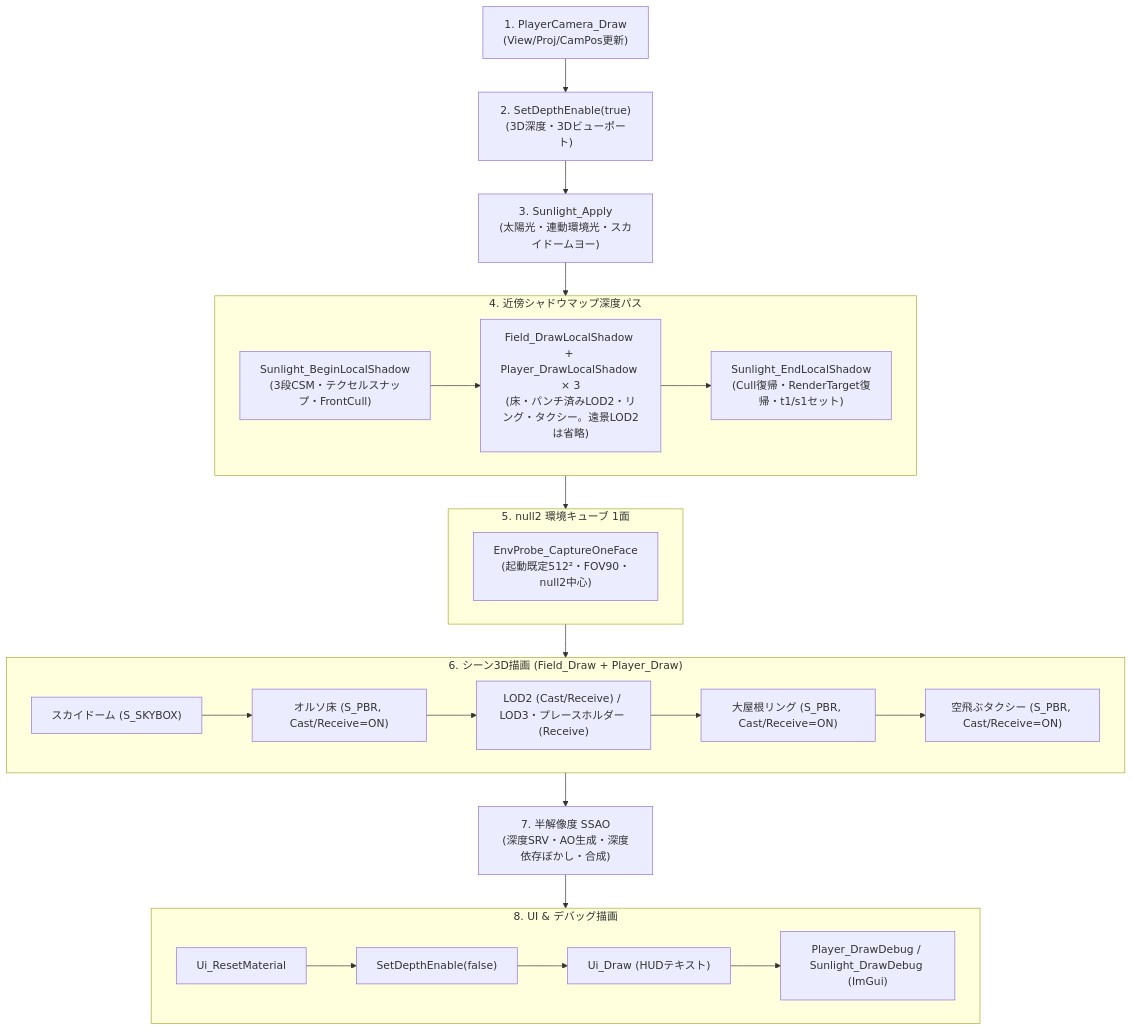
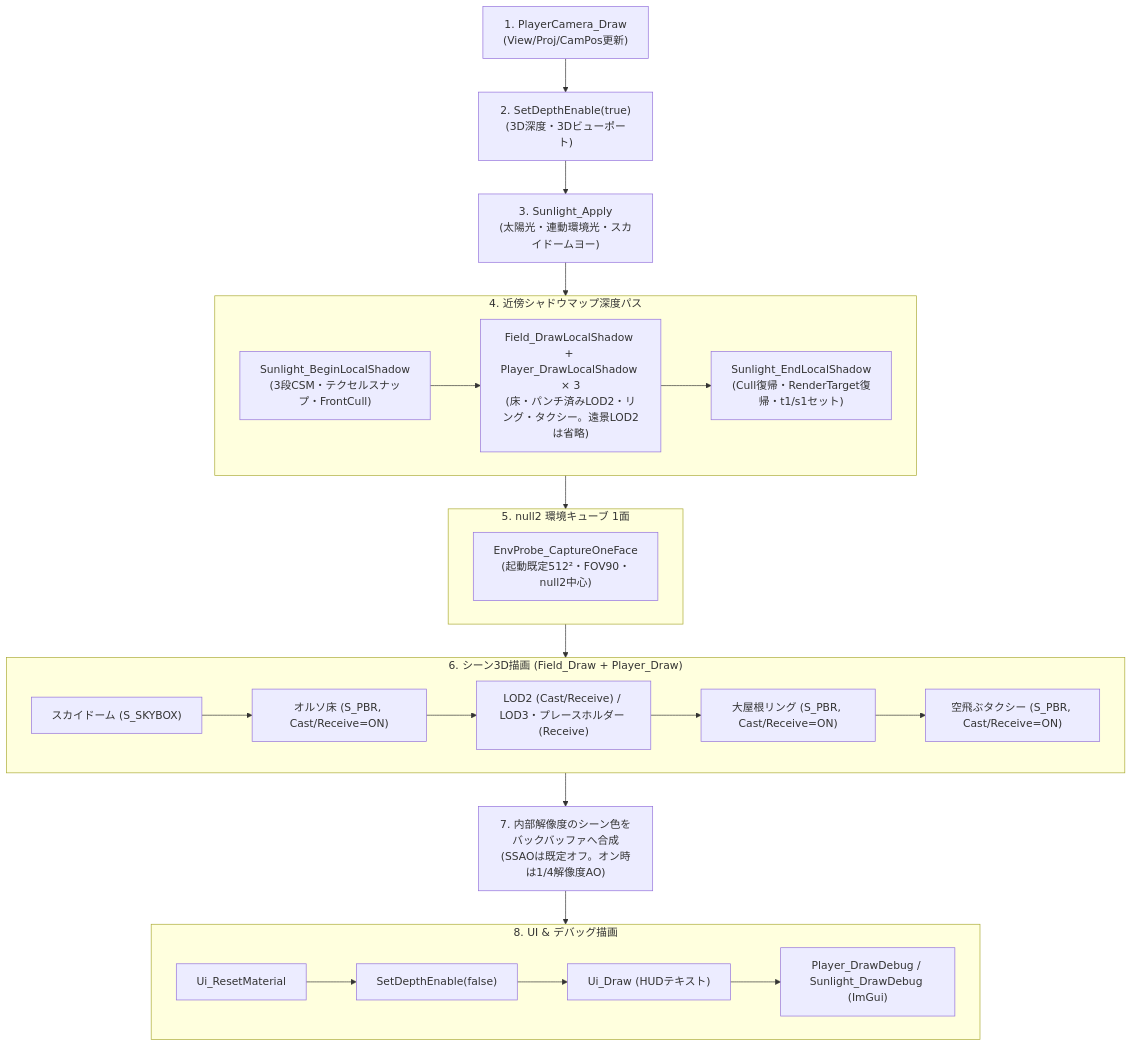
The first of 2 diagrams in document_game/rendering_and_lighting.md (realryo1/E_X_P_O), drawn with Mermaid before and after one commit. The commit also changed other lines of this file and 7 other files, not shown here.

````diff
--- a/document_game/rendering_and_lighting.md
+++ b/document_game/rendering_and_lighting.md
@@ -15,33 +15,33 @@
 ```mermaid
 flowchart TD
   cameraDraw["1. PlayerCamera_Draw<br>(View/Proj/CamPos更新)"]
   depthEnable["2. SetDepthEnable(true)<br>(3D深度・3Dビューポート)"]
   sunlightApply["3. Sunlight_Apply<br>(太陽光・連動環境光・スカイドームヨー)"]
   subgraph shadowPass ["4. 近傍シャドウマップ深度パス"]
     shadowBegin["Sunlight_BeginLocalShadow<br>(3段CSM・テクセルスナップ・FrontCull)"]
     shadowDraw["Field_DrawLocalShadow + Player_DrawLocalShadow × 3<br>(床・パンチ済みLOD2・リング・タクシー。遠景LOD2は省略)"]
     shadowEnd["Sunlight_EndLocalShadow<br>(Cull復帰・RenderTarget復帰・t1/s1セット)"]
     shadowBegin --> shadowDraw --> shadowEnd
   end
   subgraph probePass ["5. null2 環境キューブ 1面"]
     probeCapture["EnvProbe_CaptureOneFace<br>(起動既定512²・FOV90・null2中心)"]
   end
   subgraph mainPass ["6. シーン3D描画 (Field_Draw + Player_Draw)"]
     skyboxDraw["スカイドーム (S_SKYBOX)"]
     floorDraw["オルソ床 (S_PBR, Cast/Receive=ON)"]
     tileDraw["LOD2 (Cast/Receive) / LOD3・プレースホルダー (Receive)"]
     ringDraw["大屋根リング (S_PBR, Cast/Receive=ON)"]
     taxiDraw["空飛ぶタクシー (S_PBR, Cast/Receive=ON)"]
     skyboxDraw --> floorDraw --> tileDraw --> ringDraw --> taxiDraw
   end
-  ssaoPass["7. 半解像度 SSAO<br>(深度SRV・AO生成・深度依存ぼかし・合成)"]
+  ssaoPass["7. 内部解像度のシーン色をバックバッファへ合成<br>(SSAOは既定オフ。オン時は1/4解像度AO)"]
   subgraph uiPass ["8. UI & デバッグ描画"]
     uiReset["Ui_ResetMaterial"]
     depthDisable["SetDepthEnable(false)"]
     uiDraw["Ui_Draw (HUDテキスト)"]
     debugDraw["Player_DrawDebug / Sunlight_DrawDebug (ImGui)"]
     uiReset --> depthDisable --> uiDraw --> debugDraw
   end
 
   cameraDraw --> depthEnable --> sunlightApply --> shadowPass --> probePass --> mainPass --> ssaoPass --> uiPass
 ```
````
